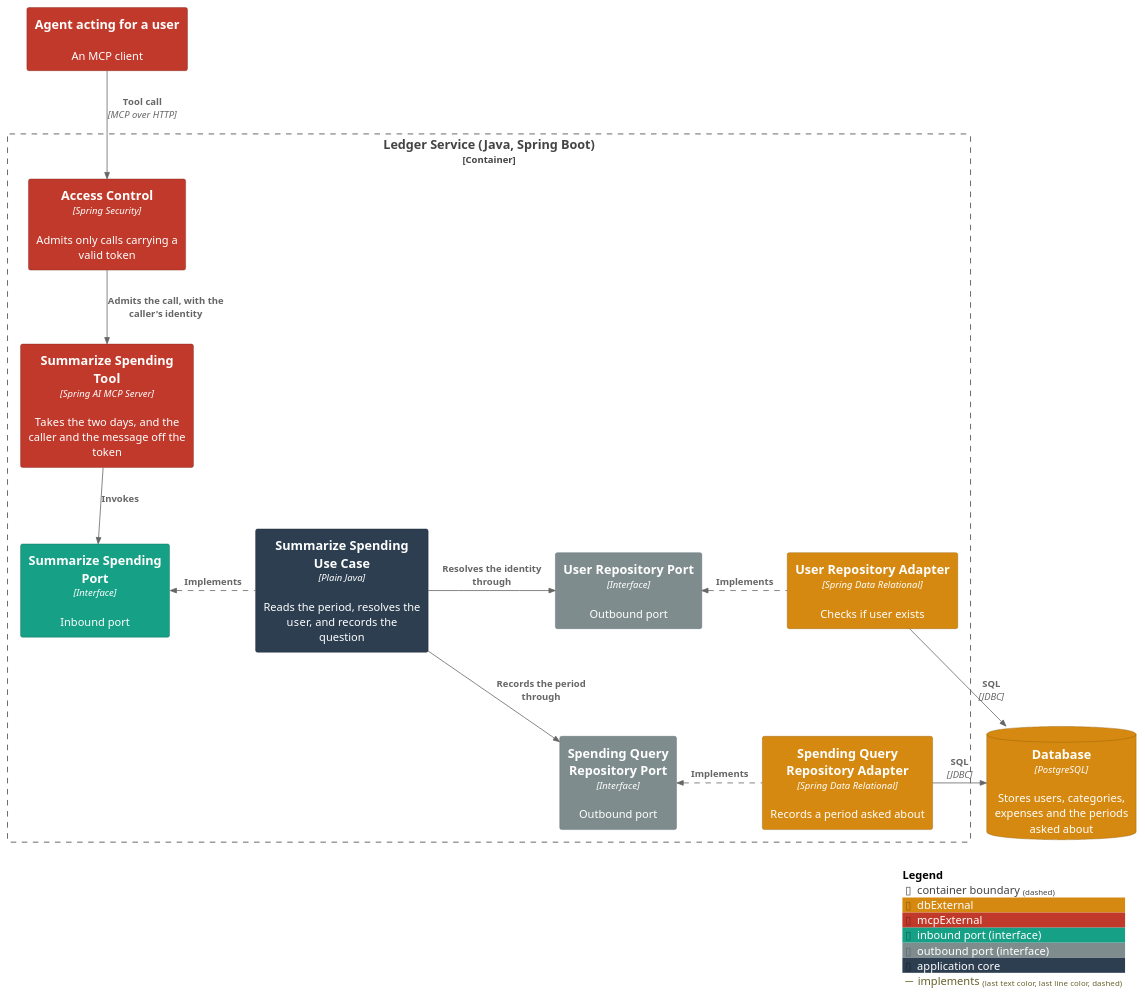
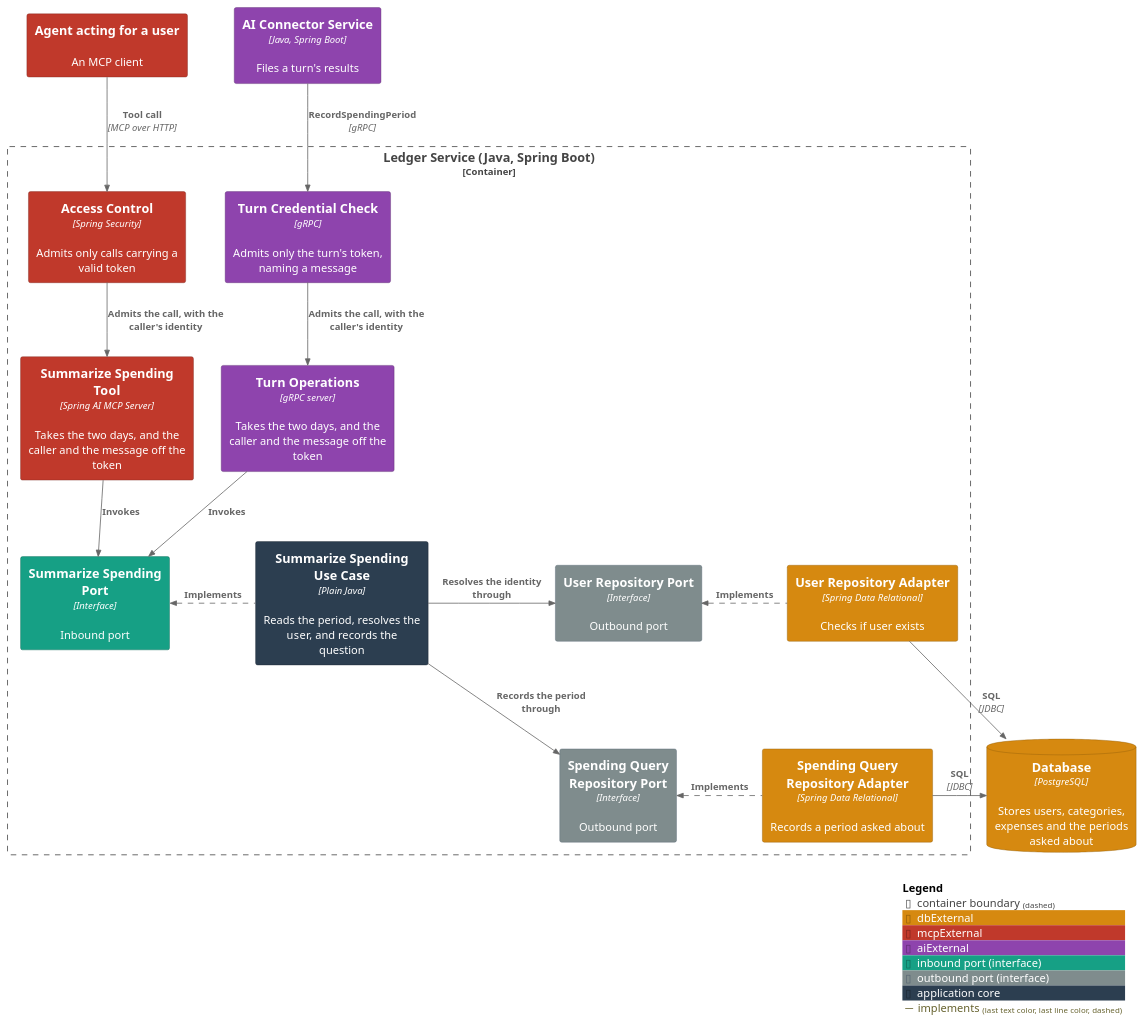
The first of 2 diagrams in ledger-service/docs/usecases/summarize-spending.md (ds-usova/finance-bot), drawn with PlantUML before and after one commit. The commit also changed other lines of this file and 13 other files, not shown here.

Commit message:
Documentation: archive what the ledger's gRPC turn operations changed

````diff
--- a/ledger-service/docs/usecases/summarize-spending.md
+++ b/ledger-service/docs/usecases/summarize-spending.md
@@ -34,42 +35,49 @@
 ```plantuml
 @startuml C3-Component-SummarizeSpending
 !include <C4/C4_Component>
 
 AddElementTag("dbExternal", $bgColor="#d68910", $fontColor="#ffffff", $borderColor="#8f5c0a")
 AddElementTag("mcpExternal", $bgColor="#c0392b", $fontColor="#ffffff", $borderColor="#7b241c")
+AddElementTag("aiExternal", $bgColor="#8e44ad", $fontColor="#ffffff", $borderColor="#5b2c6f")
 AddElementTag("portIn", $bgColor="#16a085", $fontColor="#ffffff", $borderColor="#0e6655", $legendText="inbound port (interface)")
 AddElementTag("portOut", $bgColor="#7f8c8d", $fontColor="#ffffff", $borderColor="#566573", $legendText="outbound port (interface)")
 AddElementTag("core", $bgColor="#2c3e50", $fontColor="#ffffff", $borderColor="#1b2631", $legendText="application core")
 AddRelTag("implements", $lineStyle="dashed")
 
 System_Ext(agent, "Agent acting for a user", "An MCP client", $tags="mcpExternal")
+Container(connector, "AI Connector Service", "Java, Spring Boot", "Files a turn's results", $tags="aiExternal")
 ContainerDb(db, "Database", "PostgreSQL", "Stores users, categories, expenses and the periods asked about", $tags="dbExternal")
 
 Container_Boundary(ledger, "Ledger Service (Java, Spring Boot)") {
   Component(accessControl, "Access Control", "Spring Security", "Admits only calls carrying a valid token", $tags="mcpExternal")
   Component(mcpTool, "Summarize Spending Tool", "Spring AI MCP Server", "Takes the two days, and the caller and the message off the token", $tags="mcpExternal")
+  Component(turnCheck, "Turn Credential Check", "gRPC", "Admits only the turn's token, naming a message", $tags="aiExternal")
+  Component(turnOperations, "Turn Operations", "gRPC server", "Takes the two days, and the caller and the message off the token", $tags="aiExternal")
   Component(summarizePort, "Summarize Spending Port", "Interface", "Inbound port", $tags="portIn")
   Component(summarizeService, "Summarize Spending Use Case", "Plain Java", "Reads the period, resolves the user, and records the question", $tags="core")
   Component(userRepositoryPort, "User Repository Port", "Interface", "Outbound port", $tags="portOut")
   Component(queryRepositoryPort, "Spending Query Repository Port", "Interface", "Outbound port", $tags="portOut")
   Component(userRepositoryAdapter, "User Repository Adapter", "Spring Data Relational", "Checks if user exists", $tags="dbExternal")
   Component(queryRepositoryAdapter, "Spending Query Repository Adapter", "Spring Data Relational", "Records a period asked about", $tags="dbExternal")
 }
 
 Rel(agent, accessControl, "Tool call", "MCP over HTTP")
 Rel_D(accessControl, mcpTool, "Admits the call, with the caller's identity")
 Rel_D(mcpTool, summarizePort, "Invokes")
+Rel(connector, turnCheck, "RecordSpendingPeriod", "gRPC")
+Rel_D(turnCheck, turnOperations, "Admits the call, with the caller's identity")
+Rel_D(turnOperations, summarizePort, "Invokes")
 Rel_L(summarizeService, summarizePort, "Implements", $tags="implements")
 Rel_R(summarizeService, userRepositoryPort, "Resolves the identity through")
 Rel_R(summarizeService, queryRepositoryPort, "Records the period through")
 Rel_L(userRepositoryAdapter, userRepositoryPort, "Implements", $tags="implements")
 Rel_L(queryRepositoryAdapter, queryRepositoryPort, "Implements", $tags="implements")
 Rel_R(userRepositoryAdapter, db, "SQL", "JDBC")
 Rel_R(queryRepositoryAdapter, db, "SQL", "JDBC")
 
 Lay_D(userRepositoryPort, queryRepositoryPort)
 Lay_D(userRepositoryAdapter, queryRepositoryAdapter)
 
 SHOW_LEGEND()
 @enduml
 ```
````
